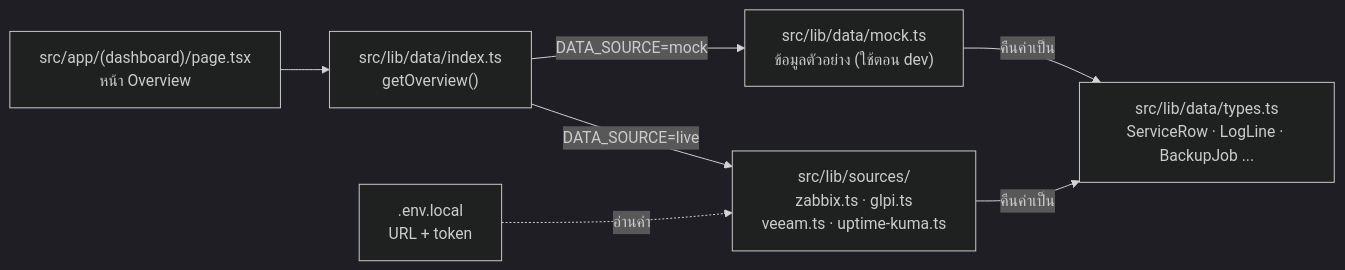
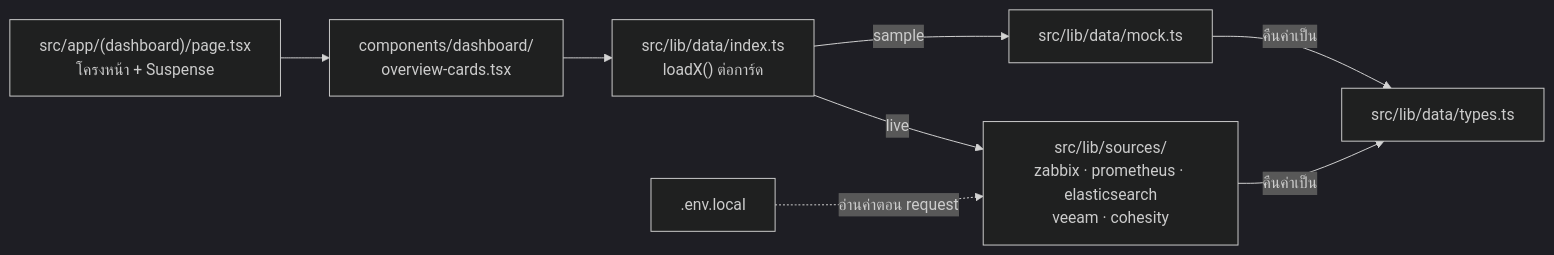
Before and after one commit to alohabyu/ITDash: the sixth of 6 diagrams in docs/ARCHITECTURE.md, drawn with Mermaid (dark theme). The commit also changed other lines of this file and 33 other files, not shown here.

First line of the commit message:
Connect Zabbix, Prometheus, Elasticsearch, Veeam and Cohesity

````diff
--- a/docs/ARCHITECTURE.md
+++ b/docs/ARCHITECTURE.md
@@ -152,16 +170,17 @@
 ```mermaid
 flowchart LR
-  P1["src/app/(dashboard)/page.tsx<br/>หน้า Overview"]
-  IDX["src/lib/data/index.ts<br/>getOverview()"]
-  MOCK["src/lib/data/mock.ts<br/>ข้อมูลตัวอย่าง (ใช้ตอน dev)"]
-  SRC["src/lib/sources/<br/>zabbix.ts · glpi.ts<br/>veeam.ts · uptime-kuma.ts"]
-  ENV[".env.local<br/>URL + token"]
-  T["src/lib/data/types.ts<br/>ServiceRow · LogLine · BackupJob ..."]
+  P1["src/app/(dashboard)/page.tsx<br/>โครงหน้า + Suspense"]
+  CARDS["components/dashboard/<br/>overview-cards.tsx"]
+  IDX["src/lib/data/index.ts<br/>loadX() ต่อการ์ด"]
+  MOCK["src/lib/data/mock.ts"]
+  SRC["src/lib/sources/<br/>zabbix · prometheus · elasticsearch<br/>veeam · cohesity"]
+  ENV[".env.local"]
+  T["src/lib/data/types.ts"]
 
-  P1 --> IDX
-  IDX -- "DATA_SOURCE=mock" --> MOCK
-  IDX -- "DATA_SOURCE=live" --> SRC
-  ENV -. "อ่านค่า" .-> SRC
+  P1 --> CARDS --> IDX
+  IDX -- "sample" --> MOCK
+  IDX -- "live" --> SRC
+  ENV -. "อ่านค่าตอน request" .-> SRC
   MOCK -- "คืนค่าเป็น" --> T
   SRC -- "คืนค่าเป็น" --> T
 ```
````
